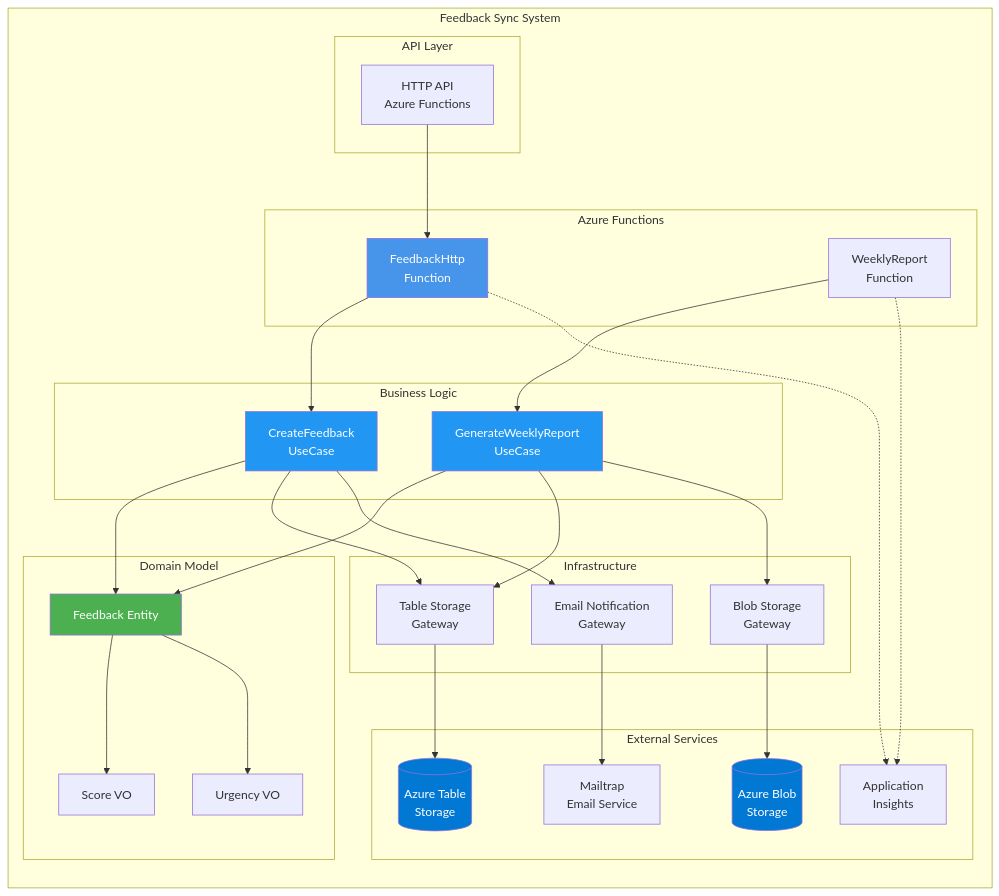
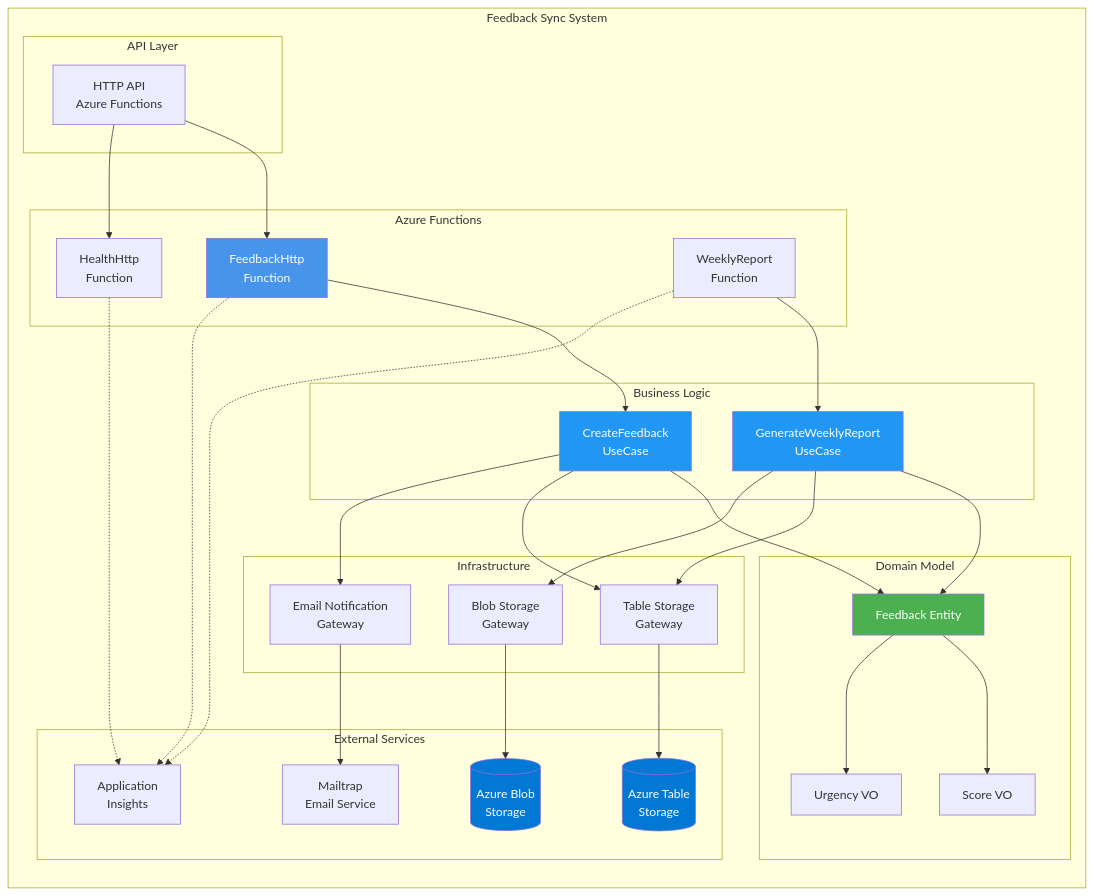
One commit to luizffdemoraes/feedback-sync changed the fifth of 8 diagrams in README.md. Above: the diagram before and after it, drawn with Mermaid. The commit also changed other lines of this file and 6 other files, not shown here.

````diff
--- a/README.md
+++ b/README.md
@@ -452,61 +467,64 @@
 ```mermaid
 graph LR
     subgraph "Feedback Sync System"
         subgraph "API Layer"
             HTTP[HTTP API<br/>Azure Functions]
         end
         
         subgraph "Business Logic"
             UC1[CreateFeedback<br/>UseCase]
             UC2[GenerateWeeklyReport<br/>UseCase]
         end
         
         subgraph "Domain Model"
             FB[Feedback Entity]
             SC[Score VO]
             UR[Urgency VO]
         end
         
         subgraph "Infrastructure"
             TS[Table Storage<br/>Gateway]
             ENG[Email Notification<br/>Gateway]
             BS[Blob Storage<br/>Gateway]
         end
         
         subgraph "Azure Functions"
             FF[FeedbackHttp<br/>Function]
+            HF[HealthHttp<br/>Function]
             WF[WeeklyReport<br/>Function]
         end
         
         subgraph "External Services"
             AST[(Azure Table<br/>Storage)]
             MT[Mailtrap<br/>Email Service]
             ABS[(Azure Blob<br/>Storage)]
             AI[Application<br/>Insights]
         end
     end
 
     HTTP --> FF
+    HTTP --> HF
     FF --> UC1
     UC1 --> FB
     UC2 --> FB
     FB --> SC
     FB --> UR
     UC1 --> TS
     UC1 --> ENG
     UC2 --> TS
     UC2 --> BS
     TS --> AST
     ENG --> MT
     BS --> ABS
     WF --> UC2
     FF -.-> AI
+    HF -.-> AI
     WF -.-> AI
 
     style FF fill:#4695EB,color:#fff
     style UC1 fill:#2196F3,color:#fff
     style UC2 fill:#2196F3,color:#fff
     style FB fill:#4CAF50,color:#fff
     style AST fill:#0078D4,color:#fff
     style ABS fill:#0078D4,color:#fff
 ```
````
